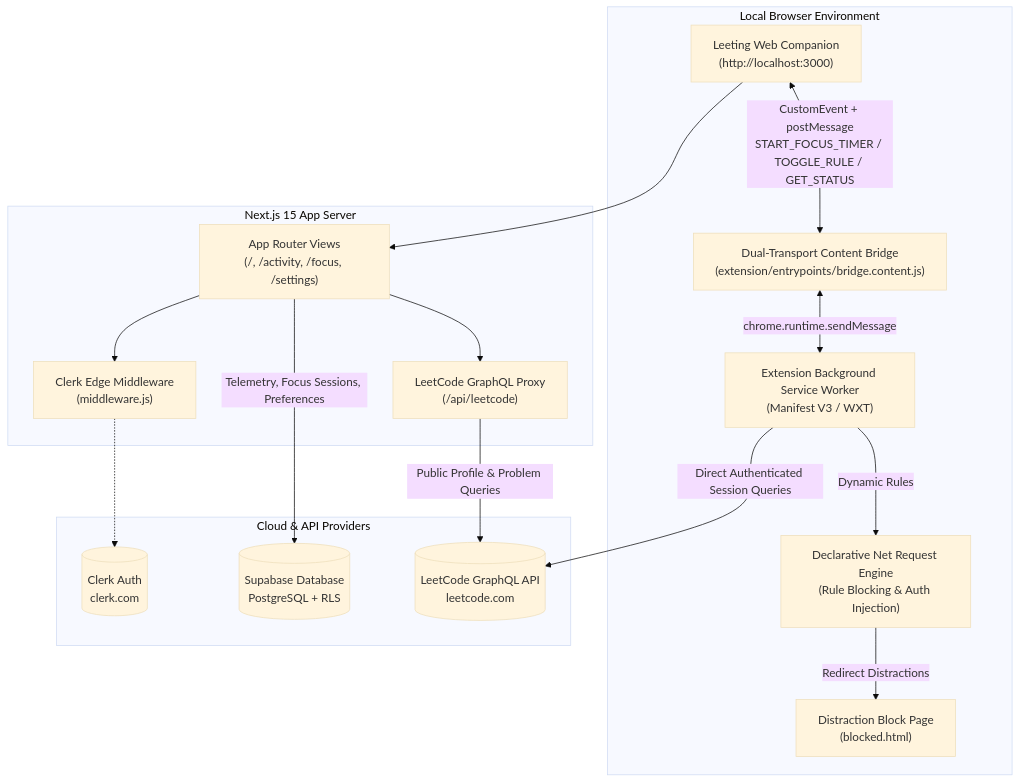
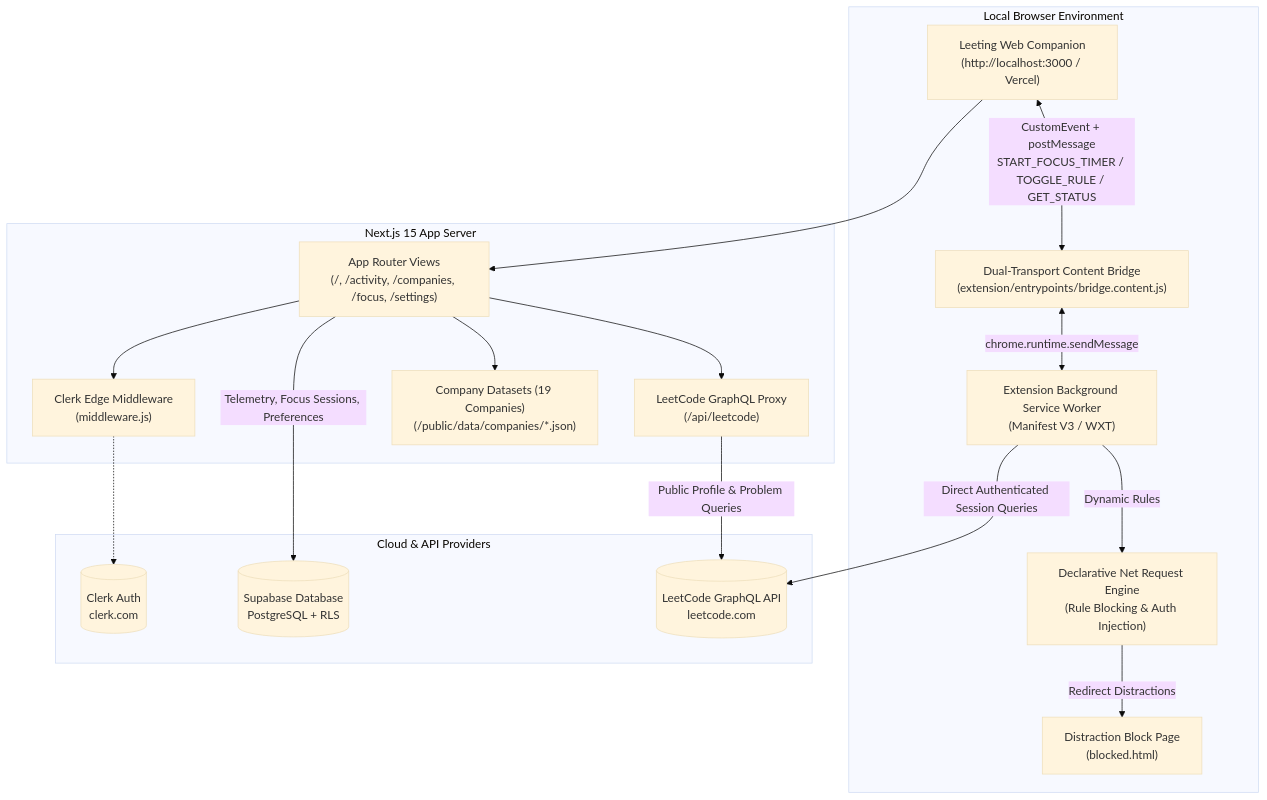
The diagram in README.md (anirban-moi/leeting_web), drawn with Mermaid (base theme) before and after one commit. The commit also changed other lines of this file, not shown here.

Commit message:
docs: update README with comprehensive features and architecture details

````diff
--- a/README.md
+++ b/README.md
@@ -40,35 +97,37 @@
 ```mermaid
 flowchart TB
     subgraph BrowserContext["Local Browser Environment"]
-        Web["Leeting Web Companion<br/>(http://localhost:3000)"]
+        Web["Leeting Web Companion<br/>(http://localhost:3000 / Vercel)"]
         Bridge["Dual-Transport Content Bridge<br/>(extension/entrypoints/bridge.content.js)"]
         ExtSW["Extension Background Service Worker<br/>(Manifest V3 / WXT)"]
         DNR["Declarative Net Request Engine<br/>(Rule Blocking & Auth Injection)"]
         BlockedPage["Distraction Block Page<br/>(blocked.html)"]
 
         Web <-->|CustomEvent + postMessage<br/>START_FOCUS_TIMER / TOGGLE_RULE / GET_STATUS| Bridge
         Bridge <-->|chrome.runtime.sendMessage| ExtSW
         ExtSW -->|Dynamic Rules| DNR
         DNR -->|Redirect Distractions| BlockedPage
     end
 
     subgraph WebServer["Next.js 15 App Server"]
-        AppRouter["App Router Views<br/>(/, /activity, /focus, /settings)"]
+        AppRouter["App Router Views<br/>(/, /activity, /companies, /focus, /settings)"]
         ApiLeetCode["LeetCode GraphQL Proxy<br/>(/api/leetcode)"]
         Middleware["Clerk Edge Middleware<br/>(middleware.js)"]
+        StaticData["Company Datasets (19 Companies)<br/>(/public/data/companies/*.json)"]
     end
 
     subgraph ExternalCloud["Cloud & API Providers"]
         Clerk[("Clerk Auth<br/>clerk.com")]
         Supabase[("Supabase Database<br/>PostgreSQL + RLS")]
         LCGraphQL[("LeetCode GraphQL API<br/>leetcode.com")]
     end
 
     Web --> AppRouter
     AppRouter --> Middleware
     Middleware -.-> Clerk
     AppRouter --> ApiLeetCode
+    AppRouter --> StaticData
     ApiLeetCode -->|Public Profile & Problem Queries| LCGraphQL
     ExtSW -->|Direct Authenticated Session Queries| LCGraphQL
     AppRouter -->|Telemetry, Focus Sessions, Preferences| Supabase
 ```
````
